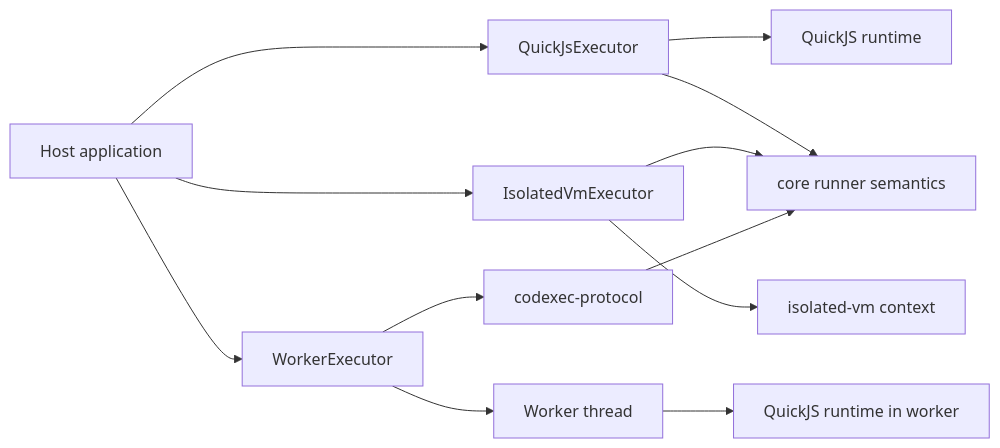
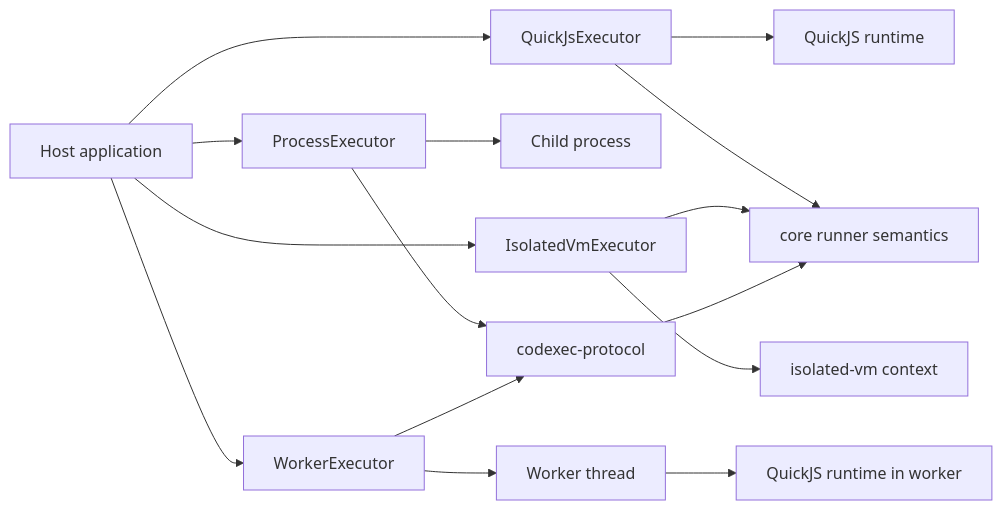
Before and after one commit to aallam/mcploom: the first of 3 diagrams in docs/codexec/architecture/codexec-executors.md, drawn with Mermaid. The commit also changed other lines of this file and 23 other files, not shown here.

Commit message:
feat(codexec): add child-process quickjs executor (#16)

````diff
--- a/docs/codexec/architecture/codexec-executors.md
+++ b/docs/codexec/architecture/codexec-executors.md
@@ -13,21 +14,25 @@
 ```mermaid
 flowchart LR
     HOST["Host application"]
     QJS["QuickJsExecutor"]
     QJSRT["QuickJS runtime"]
+    PROC["ProcessExecutor"]
+    PROCCHILD["Child process"]
     IVM["IsolatedVmExecutor"]
     IVMRT["isolated-vm context"]
     WORKER["WorkerExecutor"]
     THREAD["Worker thread"]
     RUNNER["core runner semantics"]
     PROTO["codexec-protocol"]
     WQJS["QuickJS runtime in worker"]
 
     HOST --> QJS --> QJSRT
+    HOST --> PROC --> PROCCHILD
     HOST --> IVM --> IVMRT
     HOST --> WORKER --> THREAD --> WQJS
     QJS --> RUNNER
     IVM --> RUNNER
+    PROC --> PROTO
     WORKER --> PROTO
     PROTO --> RUNNER
 ```
````
